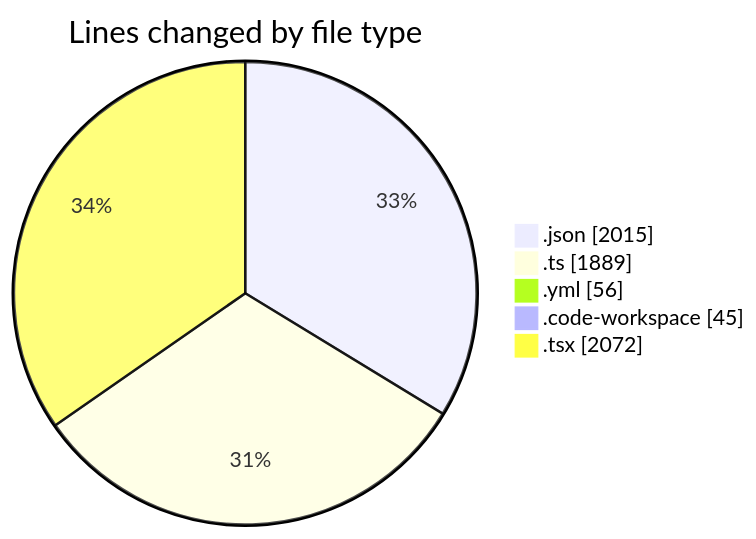
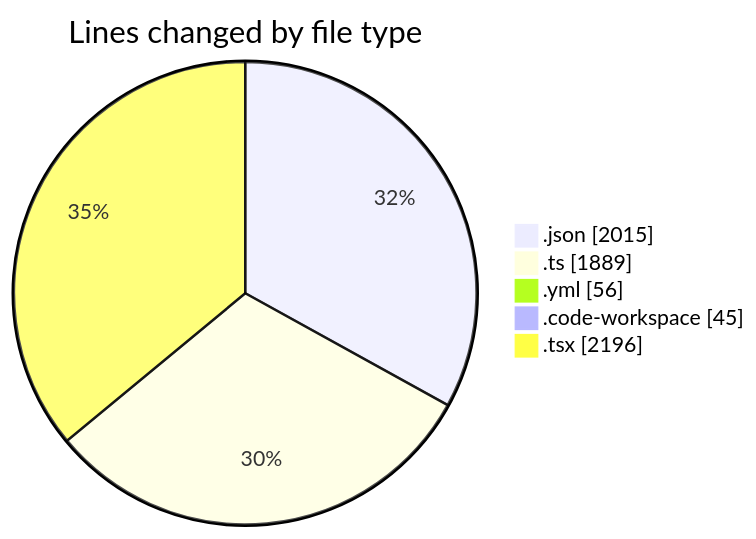
Before and after one commit to julien-gomy/code-tracking: the first of 2 diagrams in 2025-11-25/eventscop-frontend-guide__workspace_/README.md, drawn with Mermaid. The commit also changed other lines of this file and 1 other file, not shown here.

````diff
--- a/2025-11-25/eventscop-frontend-guide__workspace_/README.md
+++ b/2025-11-25/eventscop-frontend-guide__workspace_/README.md
@@ -41,9 +42,9 @@
 ```mermaid
 pie showData
 title Lines changed by file type
 ".json" : 2015
 ".ts" : 1889
 ".yml" : 56
 ".code-workspace" : 45
-".tsx" : 2072
+".tsx" : 2196
 ```
````
